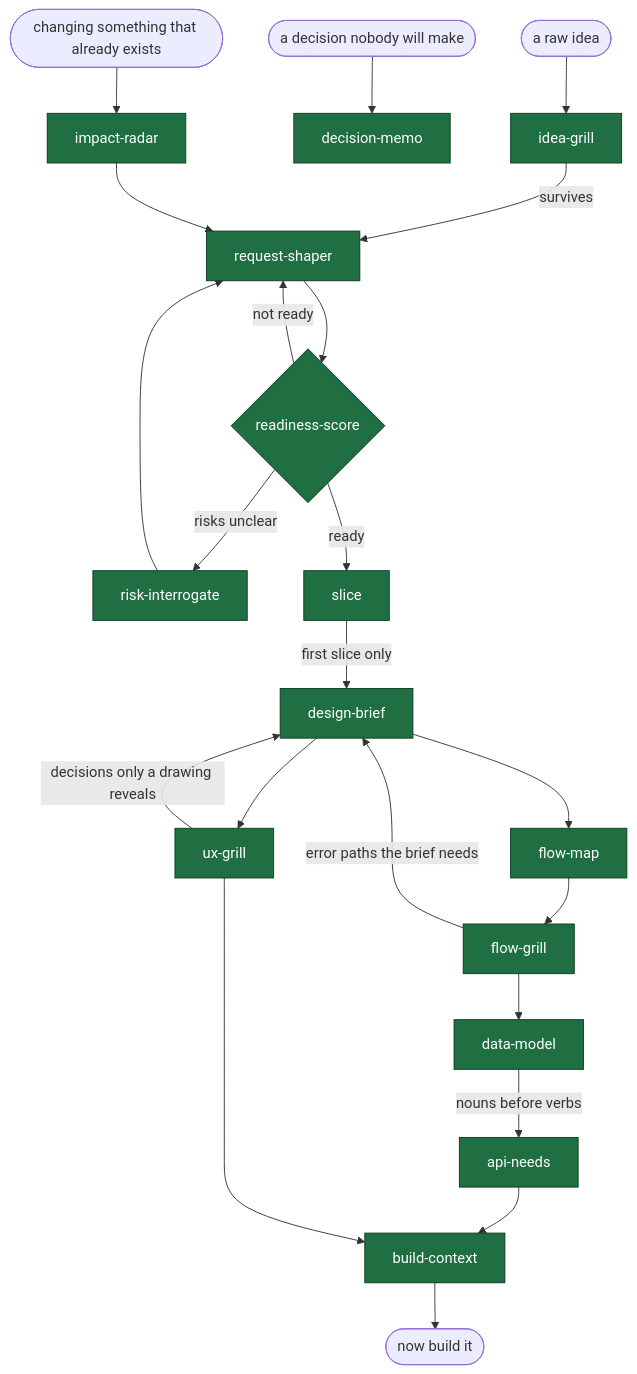
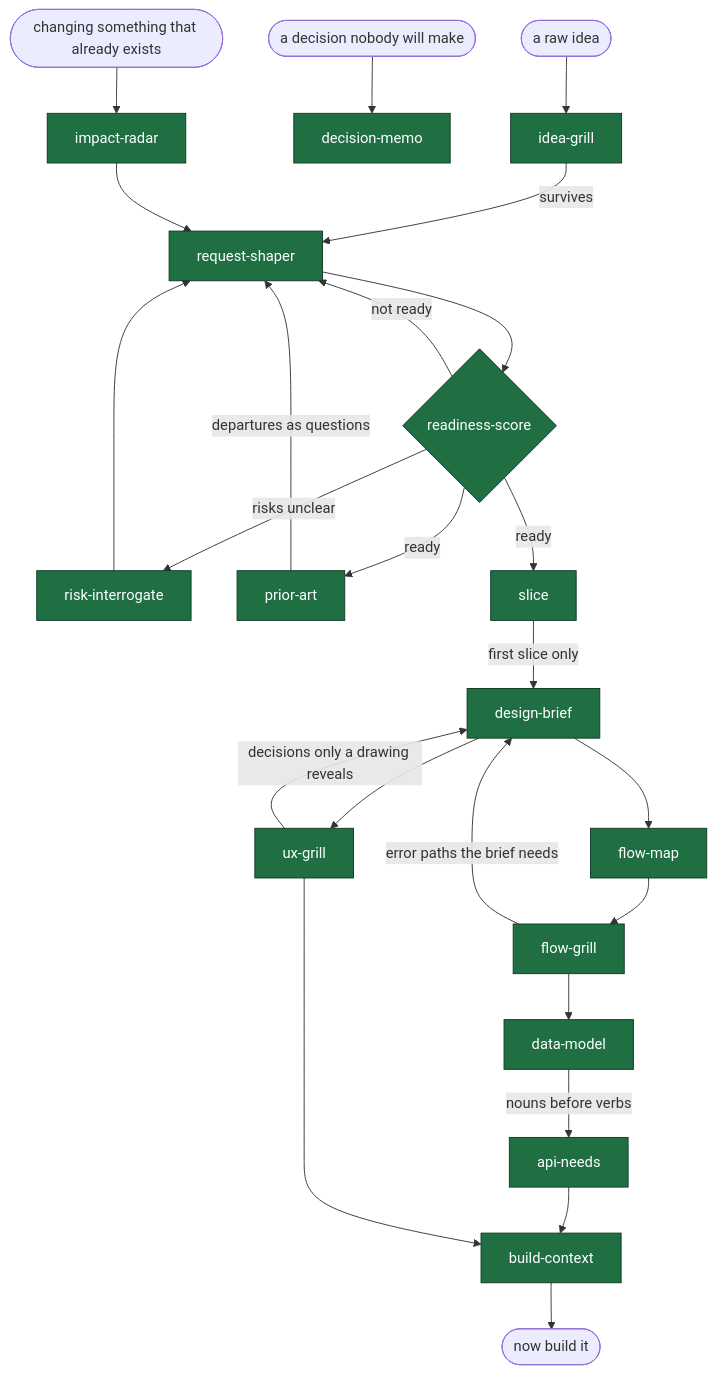
The diagram in README.md (ratipcan-uysal/before-you-build), drawn with Mermaid before and after one commit. The commit also changed other lines of this file and 8 other files, not shown here.

````diff
--- a/README.md
+++ b/README.md
@@ -39,28 +39,30 @@
 ```mermaid
 flowchart TD
     idea([a raw idea]) --> IG[idea-grill]
     IG -->|survives| RS[request-shaper]
     RS --> SC{readiness-score}
     SC -->|not ready| RS
     SC -->|risks unclear| RI[risk-interrogate]
     RI --> RS
+    SC -->|ready| PA[prior-art]
+    PA -->|departures as questions| RS
     SC -->|ready| SL[slice]
     SL -->|first slice only| DB[design-brief]
     DB --> UX[ux-grill]
     UX -->|decisions only a drawing reveals| DB
     DB --> FM[flow-map]
     FM --> FG[flow-grill]
     FG -->|error paths the brief needs| DB
     FG --> DMO[data-model]
     DMO -->|nouns before verbs| AN[api-needs]
     AN --> BC[build-context]
     UX --> BC
     BC --> out([now build it])
     blocked([a decision nobody will make]) --> DM[decision-memo]
     change([changing something that already exists]) --> IR[impact-radar]
     IR --> RS
 
     classDef shipped fill:#1f6f43,stroke:#0d3a23,color:#fff
     classDef planned fill:#2b2b2b,stroke:#555,color:#bbb,stroke-dasharray:4 3
-    class IG,RS,SC,SL,RI,DB,UX,FM,FG,DMO,AN,BC,IR,DM shipped
+    class IG,RS,SC,PA,SL,RI,DB,UX,FM,FG,DMO,AN,BC,IR,DM shipped
 ```
````
